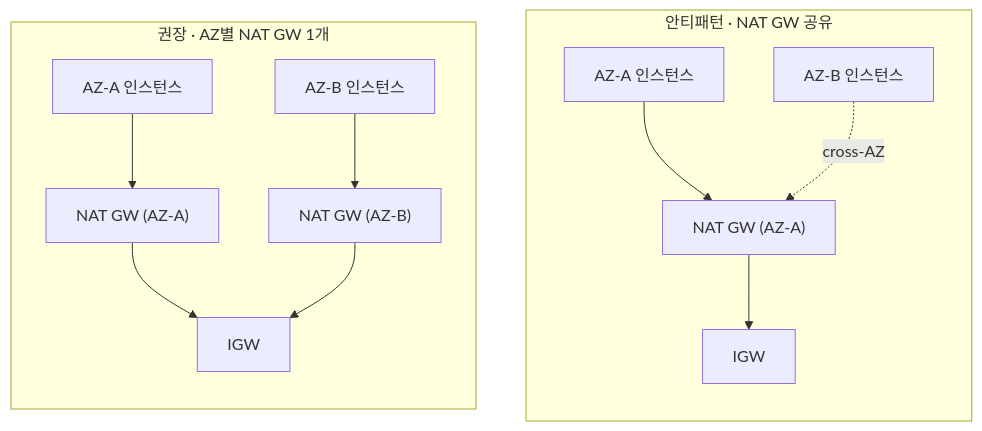
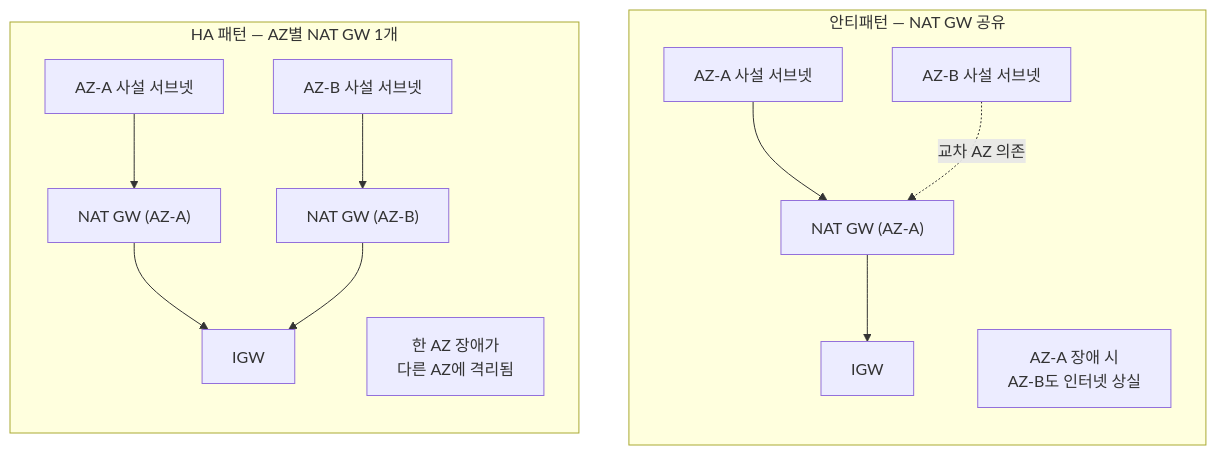
The second of 4 diagrams in _posts/2026-06-28-aws-vpc-2.md (hongjeZZ/hongjeZZ.github.io), drawn with Mermaid before and after one commit. The commit also changed other lines of this file, not shown here.

````diff
--- a/_posts/2026-06-28-aws-vpc-2.md
+++ b/_posts/2026-06-28-aws-vpc-2.md
@@ -167,16 +257,17 @@
 ```mermaid
 flowchart TB
-    subgraph BAD["안티패턴 · NAT GW 공유"]
+    subgraph BAD["안티패턴 — NAT GW 공유"]
         direction TB
-        A1["AZ-A 인스턴스"] --> NGA["NAT GW (AZ-A)"]
-        B1["AZ-B 인스턴스"] -. cross-AZ .-> NGA
-        NGA --> IGW1["IGW"]
+        PA["AZ-A 사설 서브넷"] --> NA["NAT GW (AZ-A)"]
+        PB["AZ-B 사설 서브넷"] -.->|"교차 AZ 의존"| NA
+        NA --> IA["IGW"]
+        XA["AZ-A 장애 시<br/>AZ-B도 인터넷 상실"]
     end
-    subgraph GOOD["권장 · AZ별 NAT GW 1개"]
+
+    subgraph GOOD["HA 패턴 — AZ별 NAT GW 1개"]
         direction TB
-        A2["AZ-A 인스턴스"] --> NGA2["NAT GW (AZ-A)"]
-        B2["AZ-B 인스턴스"] --> NGB2["NAT GW (AZ-B)"]
-        NGA2 --> IGW2["IGW"]
-        NGB2 --> IGW2
+        QA["AZ-A 사설 서브넷"] --> MA["NAT GW (AZ-A)"] --> JA["IGW"]
+        QB["AZ-B 사설 서브넷"] --> MB["NAT GW (AZ-B)"] --> JA
+        YB["한 AZ 장애가<br/>다른 AZ에 격리됨"]
     end
 ```
````
